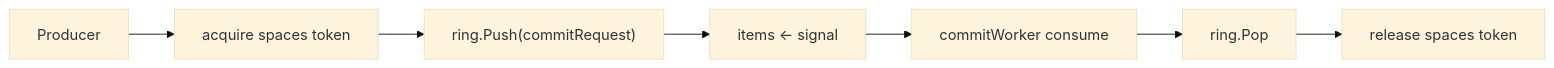
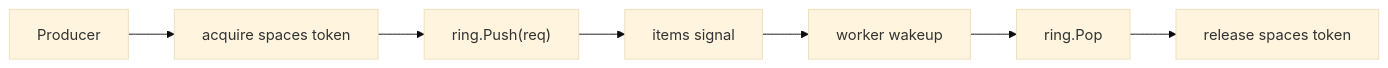
Before and after one commit to feichai0017/NoKV: the second of 5 diagrams in docs/notes/2026-02-09-rhythm-of-writes-commit-worker-batch-ringbuffer.md, drawn with Mermaid (base theme). The commit also changed other lines of this file and 3 other files, not shown here.

````diff
--- a/docs/notes/2026-02-09-rhythm-of-writes-commit-worker-batch-ringbuffer.md
+++ b/docs/notes/2026-02-09-rhythm-of-writes-commit-worker-batch-ringbuffer.md
@@ -80,9 +57,9 @@
 ```mermaid
 flowchart LR
-  P["Producer"] --> S["acquire spaces token"]
-  S --> R["ring.Push(commitRequest)"]
-  R --> I["items <- signal"]
-  I --> C["commitWorker consume"]
-  C --> O["ring.Pop"]
-  O --> RS["release spaces token"]
+  P["Producer"] --> T["acquire spaces token"]
+  T --> R["ring.Push(req)"]
+  R --> I["items signal"]
+  I --> W["worker wakeup"]
+  W --> O["ring.Pop"]
+  O --> RT["release spaces token"]
 ```
````
